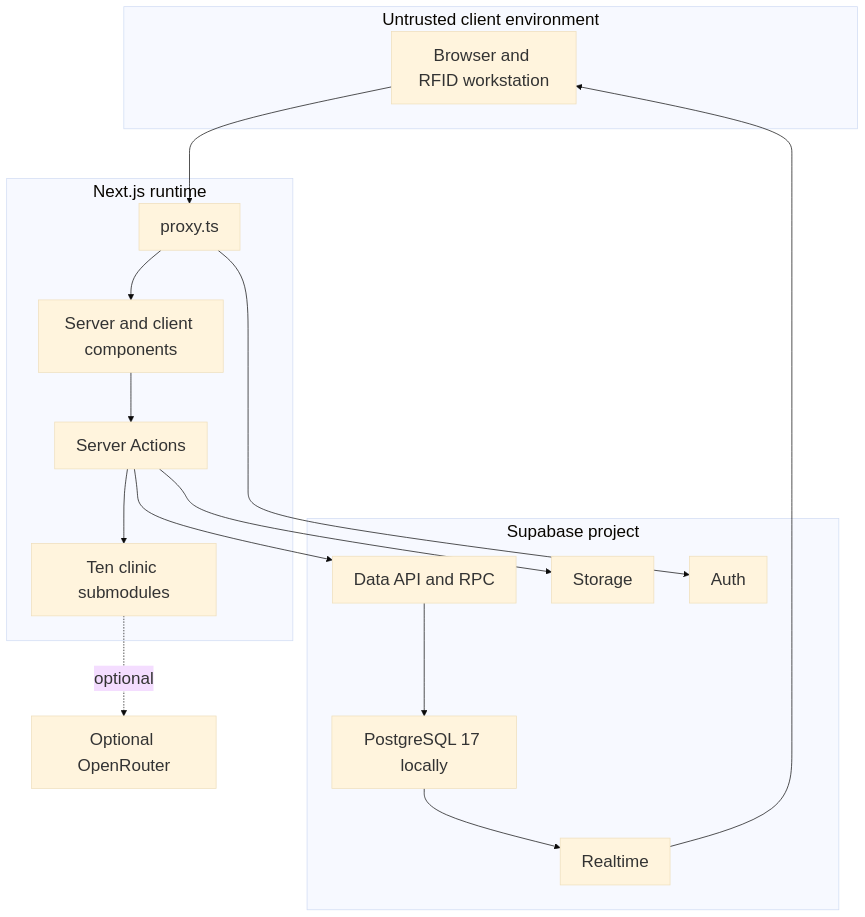
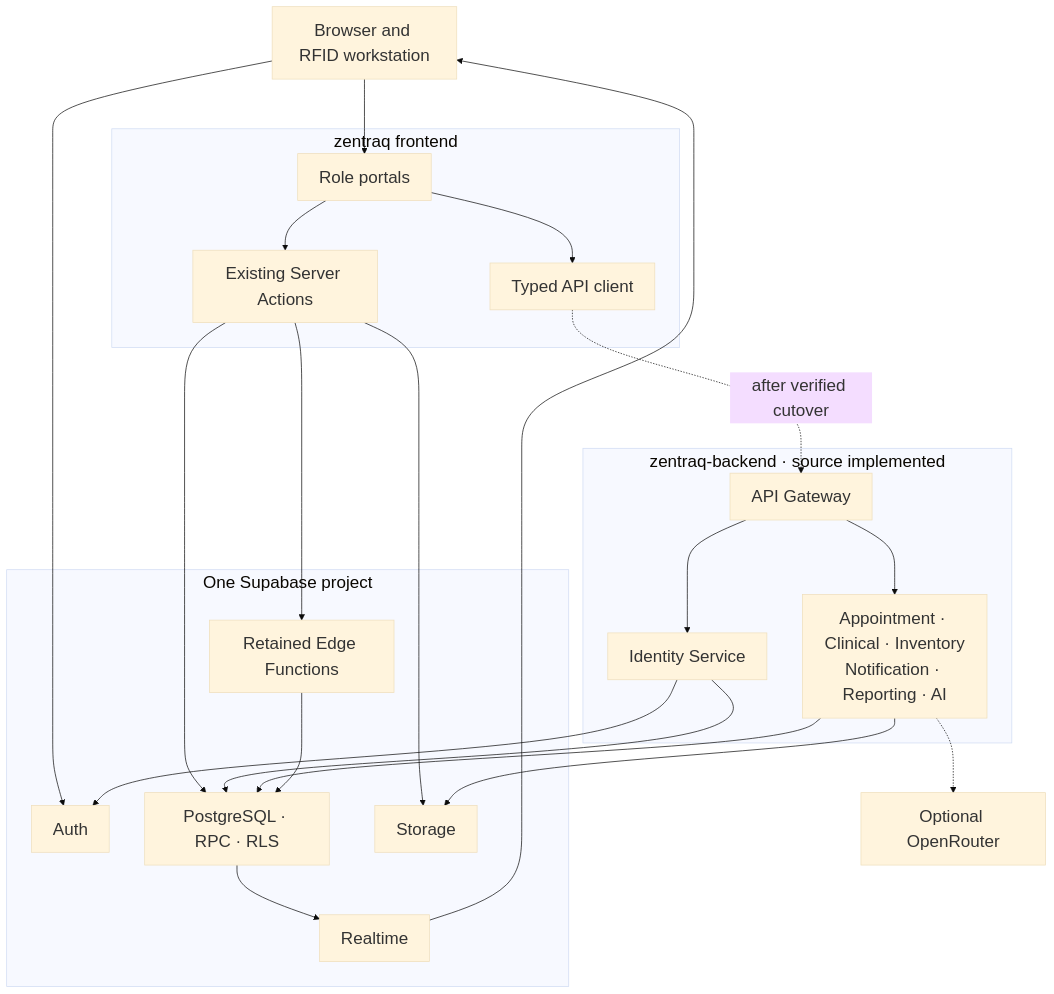
Before and after one commit to Tokise/Zentraq-backend: the ninth of 14 diagrams in docs/SOFTWARE_ARCHITECTURE_DOCUMENT.md, drawn with Mermaid. The commit also changed other lines of this file and 12 other files, not shown here.

````diff
--- a/docs/SOFTWARE_ARCHITECTURE_DOCUMENT.md
+++ b/docs/SOFTWARE_ARCHITECTURE_DOCUMENT.md
@@ -628,42 +642,55 @@
 ```mermaid
 ---
 config:
   theme: base
   themeVariables:
     fontSize: "24px"
   flowchart:
     nodeSpacing: 50
     rankSpacing: 70
   er:
     fontSize: 24
     layoutDirection: TB
 ---
 flowchart TB
-    subgraph Client["Untrusted client environment"]
-        Browser["Browser and RFID workstation"]
+    Browser["Browser and RFID workstation"]
+
+    subgraph Frontend["zentraq frontend"]
+        Pages["Role portals"]
+        Actions["Existing Server Actions"]
+        Client["Typed API client"]
+        Pages --> Actions
+        Pages --> Client
     end
 
-    subgraph NextRuntime["Next.js runtime"]
-        Proxy["proxy.ts"]
-        Pages["Server and client components"]
-        Actions["Server Actions"]
-        Submodules["Ten clinic submodules"]
+    subgraph Backend["zentraq-backend · source implemented"]
+        Gateway["API Gateway"]
+        Identity["Identity Service"]
+        Domains["Appointment · Clinical · Inventory<br/>Notification · Reporting · AI"]
+        Gateway --> Identity
+        Gateway --> Domains
     end
 
-    subgraph SupabasePlatform["Supabase project"]
+    subgraph SupabasePlatform["One Supabase project"]
         Auth["Auth"]
-        API["Data API and RPC"]
-        Postgres["PostgreSQL 17 locally"]
+        Data["PostgreSQL · RPC · RLS"]
         Storage["Storage"]
         Realtime["Realtime"]
+        Edge["Retained Edge Functions"]
     end
 
     OpenRouter["Optional OpenRouter"]
 
-    Browser --> Proxy --> Pages --> Actions --> Submodules
-    Proxy --> Auth
-    Actions --> API --> Postgres
+    Browser --> Pages
+    Browser --> Auth
+    Actions --> Data
     Actions --> Storage
-    Postgres --> Realtime --> Browser
-    Submodules -.->|optional| OpenRouter
+    Client -.->|after verified cutover| Gateway
+    Identity --> Auth
+    Identity --> Data
+    Domains --> Data
+    Domains --> Storage
+    Domains -.-> OpenRouter
+    Data --> Realtime --> Browser
+    Actions --> Edge --> Data
 ```
````
